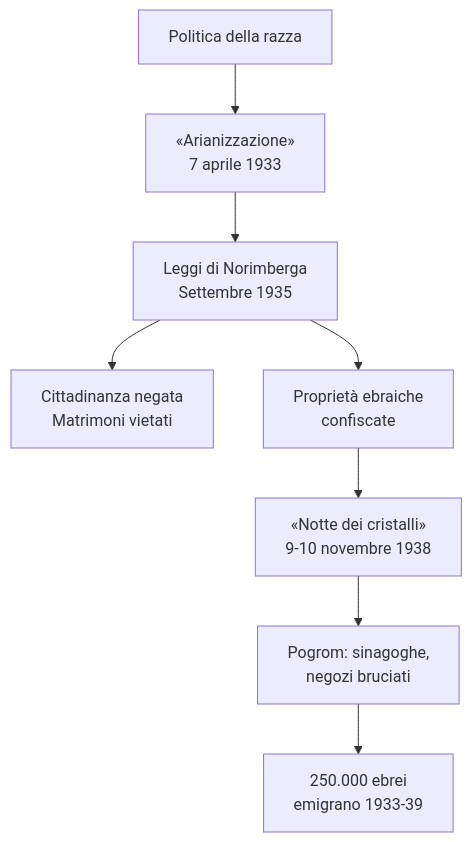
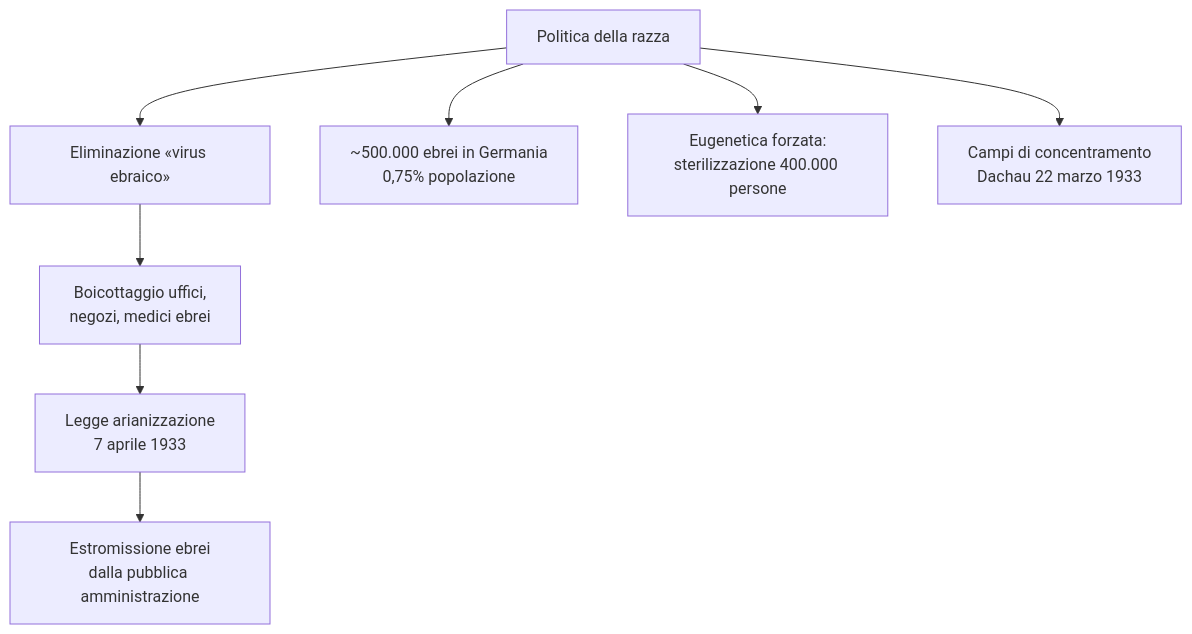
Before and after one commit to riccardo-algorime/appunti-5Bsa: the fifth of 10 diagrams in storia/materiale/studio/capitolo_3.11_studio.md, drawn with Mermaid. The commit also changed other lines of this file and 5 other files, not shown here.

````diff
--- a/storia/materiale/studio/capitolo_3.11_studio.md
+++ b/storia/materiale/studio/capitolo_3.11_studio.md
@@ -303,10 +214,10 @@
 ```mermaid
 flowchart TD
-    A[Politica della razza] --> B[«Arianizzazione»<br/>7 aprile 1933]
-    B --> C[Leggi di Norimberga<br/>Settembre 1935]
-    C --> D[Cittadinanza negata<br/>Matrimoni vietati]
-    C --> E[Proprietà ebraiche<br/>confiscate]
-    E --> F[«Notte dei cristalli»<br/>9-10 novembre 1938]
-    F --> G[Pogrom: sinagoghe,<br/>negozi bruciati]
-    G --> H[250.000 ebrei<br/>emigrano 1933-39]
+    A[Politica della razza] --> B[Eliminazione «virus ebraico»]
+    A --> C[~500.000 ebrei in Germania<br/>0,75% popolazione]
+    B --> D[Boicottaggio uffici,<br/>negozi, medici ebrei]
+    D --> E[Legge arianizzazione<br/>7 aprile 1933]
+    E --> F[Estromissione ebrei<br/>dalla pubblica amministrazione]
+    A --> G[Eugenetica forzata:<br/>sterilizzazione 400.000 persone]
+    A --> H[Campi di concentramento<br/>Dachau 22 marzo 1933]
 ```
````
